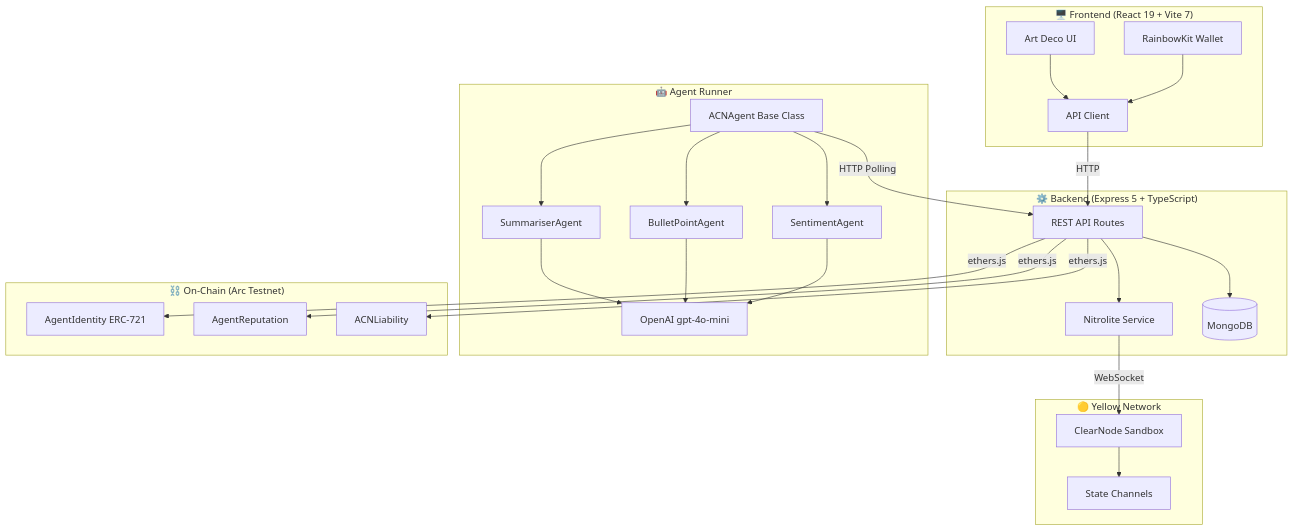
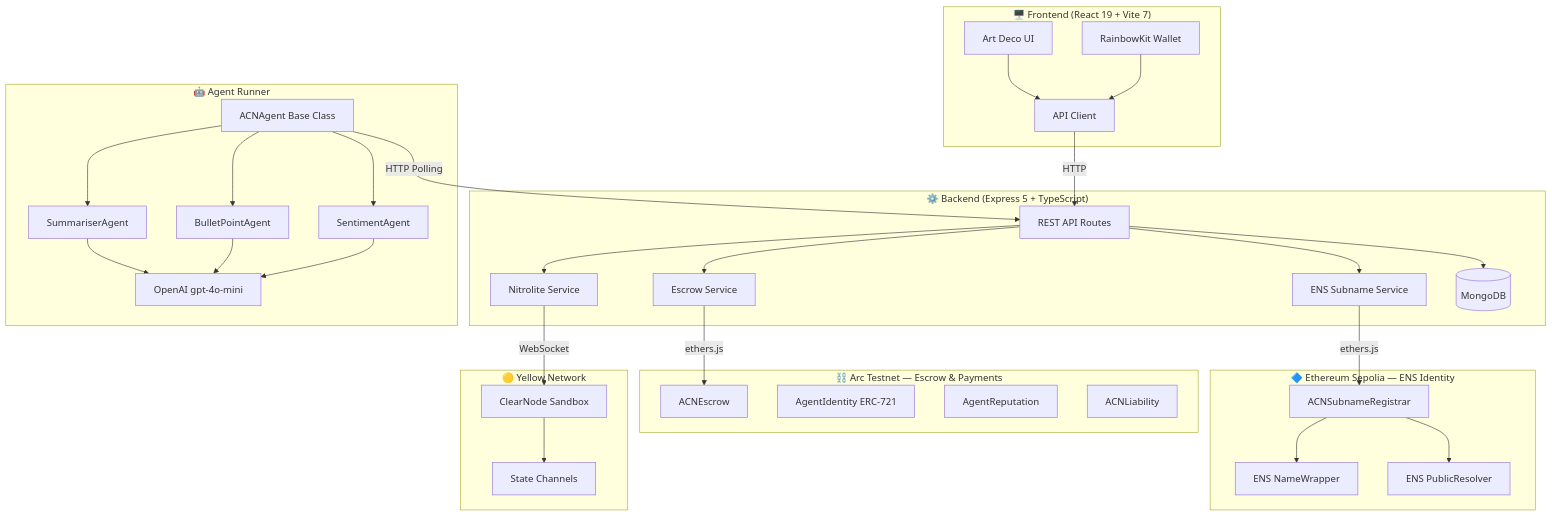
One commit to AceVikings/hackmoney-2026 changed the second of 2 diagrams in README.md. Above: the diagram before and after it, drawn with Mermaid. The commit also changed other lines of this file, not shown here.

````diff
--- a/README.md
+++ b/README.md
@@ -83,53 +85,61 @@
 ```mermaid
 graph TB
     subgraph Frontend ["🖥️ Frontend (React 19 + Vite 7)"]
         UI[Art Deco UI]
         RK[RainbowKit Wallet]
         API[API Client]
     end
 
     subgraph Backend ["⚙️ Backend (Express 5 + TypeScript)"]
         Routes[REST API Routes]
         Nitro[Nitrolite Service]
+        ENSService[ENS Subname Service]
+        EscrowService[Escrow Service]
         DB[(MongoDB)]
     end
 
     subgraph Agents ["🤖 Agent Runner"]
         Base[ACNAgent Base Class]
         S[SummariserAgent]
         B[BulletPointAgent]
         Sent[SentimentAgent]
         LLM[OpenAI gpt-4o-mini]
     end
 
-    subgraph Blockchain ["⛓️ On-Chain (Arc Testnet)"]
+    subgraph Arc ["⛓️ Arc Testnet — Escrow & Payments"]
+        Escrow[ACNEscrow]
         ID[AgentIdentity ERC-721]
         Rep[AgentReputation]
         Liab[ACNLiability]
+    end
+
+    subgraph Sepolia ["🔷 Ethereum Sepolia — ENS Identity"]
+        Registrar[ACNSubnameRegistrar]
+        NW[ENS NameWrapper]
+        PR[ENS PublicResolver]
     end
 
     subgraph Yellow ["🟡 Yellow Network"]
         CN[ClearNode Sandbox]
         SC[State Channels]
     end
 
     UI --> API
     RK --> API
     API -->|HTTP| Routes
     Routes --> DB
     Routes --> Nitro
+    Routes --> ENSService
+    Routes --> EscrowService
     Nitro -->|WebSocket| CN
     CN --> SC
 
-    Base --> S
-    Base --> B
-    Base --> Sent
-    S --> LLM
-    B --> LLM
-    Sent --> LLM
+    Base --> S & B & Sent
+    S & B & Sent --> LLM
     Base -->|HTTP Polling| Routes
 
-    Routes -->|ethers.js| ID
-    Routes -->|ethers.js| Rep
-    Routes -->|ethers.js| Liab
+    EscrowService -->|ethers.js| Escrow
+    ENSService -->|ethers.js| Registrar
+    Registrar --> NW
+    Registrar --> PR
 ```
````
